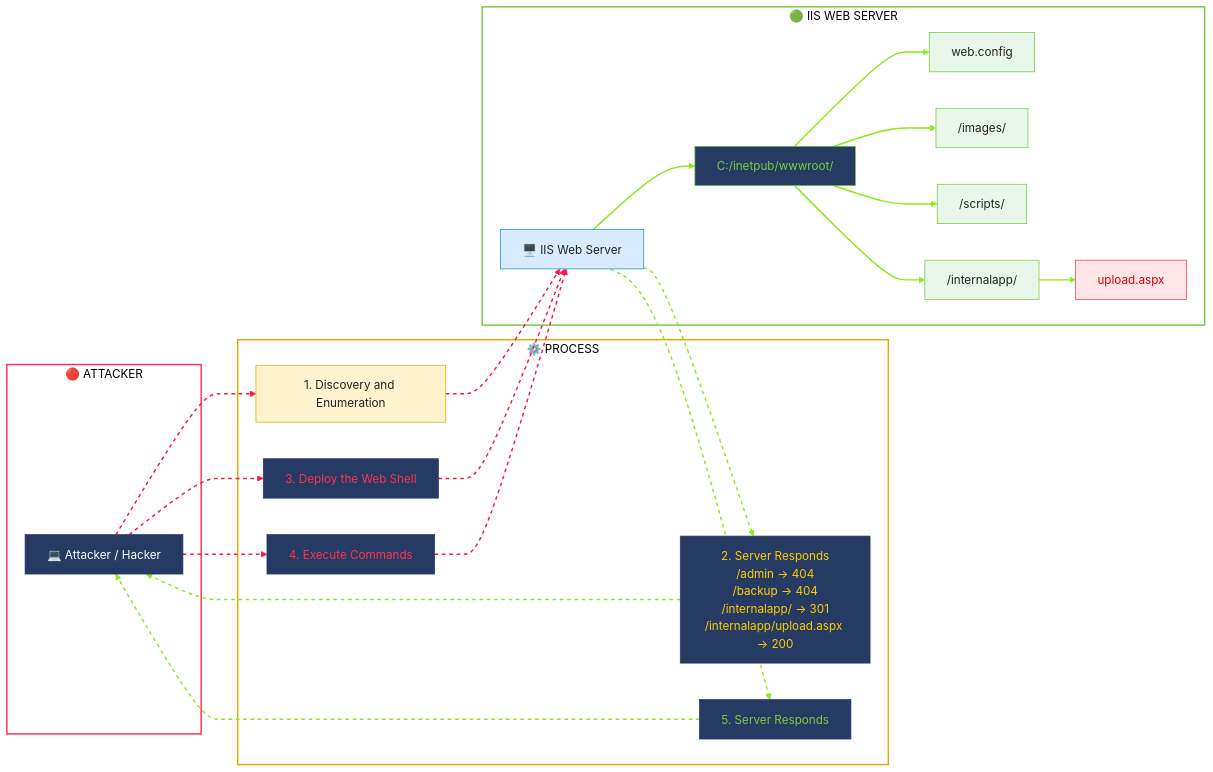
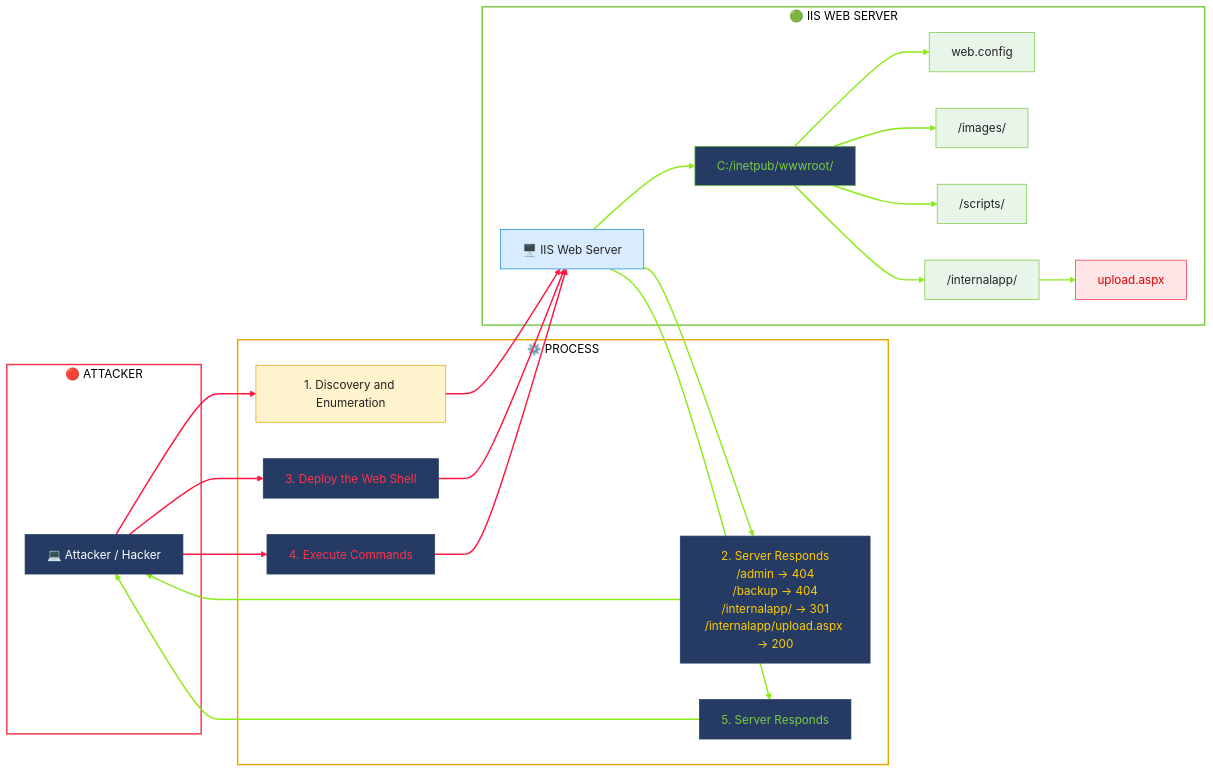
The diagram in 01-Active-Directory/Initial-Access-Investigation.md (farizrepo/soc), drawn with Mermaid before and after one commit.

````diff
--- a/01-Active-Directory/Initial-Access-Investigation.md
+++ b/01-Active-Directory/Initial-Access-Investigation.md
@@ -4,72 +4,69 @@
 ```mermaid
 graph LR;
 subgraph ATTACKER["🔴 ATTACKER"]
         A["💻 Attacker / Hacker"]
     end
 
     subgraph PROCESS["⚙️ PROCESS"]
         P1["1. Discovery and Enumeration"]
         P2["2. Server Responds<br/>/admin → 404<br/>/backup → 404<br/>/internalapp/ → 301<br/>/internalapp/upload.aspx → 200"]
         P3["3. Deploy the Web Shell"]
         P4["4. Execute Commands"]
         P5["5. Server Responds"]
     end
 
     subgraph SERVER["🟢 IIS WEB SERVER"]
         S1["🖥️ IIS Web Server"]
         S2["C:/inetpub/wwwroot/"]
         S3["web.config"]
         S4["/images/"]
         S5["/scripts/"]
         S6["/internalapp/"]
         S7["upload.aspx"]
 
         S1 --> S2
         S2 --> S3
         S2 --> S4
         S2 --> S5
         S2 --> S6
         S6 --> S7
     end
 
     A --> P1
     P1 --> S1
     S1 --> P2
     P2 --> A
     A --> P3
     P3 --> S1
     A --> P4
     P4 --> S1
     S1 --> P5
     P5 --> A
 
     %% BOX COLORS
     style ATTACKER fill:#ffffff,stroke:#ff334d,stroke-width:2px,color:#000
     style PROCESS fill:#ffffff,stroke:#e6a700,stroke-width:2px,color:#000
     style SERVER fill:#ffffff,stroke:#7ac943,stroke-width:2px,color:#000
 
     %% NODE COLORS
     style A fill:#263b63,color:#ffffff,stroke:#263b63
     style P1 fill:#fff3cd,color:#222,stroke:#e6a700
     style P2 fill:#263b63,color:#ffcc00,stroke:#263b63
     style P3 fill:#263b63,color:#ff334d,stroke:#263b63
     style P4 fill:#263b63,color:#ff334d,stroke:#263b63
     style P5 fill:#263b63,color:#7ac943,stroke:#263b63
 
     style S1 fill:#d9ecff,color:#222,stroke:#168bd2
     style S2 fill:#263b63,color:#7ac943,stroke:#7ac943
     style S3 fill:#e8f5e9,color:#222,stroke:#7ac943
     style S4 fill:#e8f5e9,color:#222,stroke:#7ac943
     style S5 fill:#e8f5e9,color:#222,stroke:#7ac943
     style S6 fill:#e8f5e9,color:#222,stroke:#7ac943
     style S7 fill:#ffe5e5,color:#d00,stroke:#ff334d
 
     %% DIRECTORY TREE - GREEN
-    linkStyle 0,1,2,3,4,5 stroke:#8bea19,stroke-width:2px
+    linkStyle 0,1,2,3,4,5,8,9,14,15 stroke:#8bea19,stroke-width:2px
 
     %% REQUEST FLOW - RED
-    linkStyle 6,7,10,11,12,13 stroke:#ff1744,stroke-width:2px,stroke-dasharray:5 5
-
-    %% RESPONSE FLOW - GREEN
-    linkStyle 8,9,14,15 stroke:#8bea19,stroke-width:2px,stroke-dasharray:5 5
+    linkStyle 6,7,10,11,12,13 stroke:#ff1744,stroke-width:2px
 ```
````
